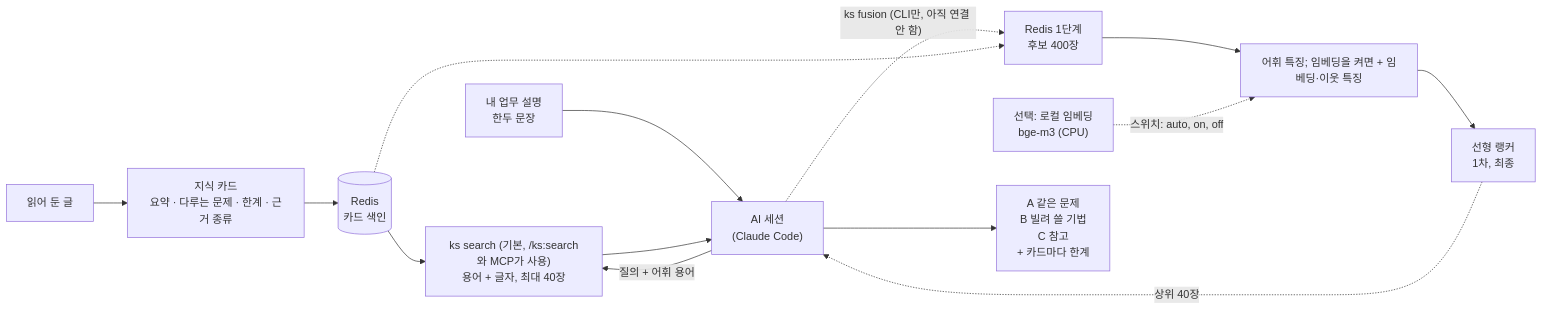
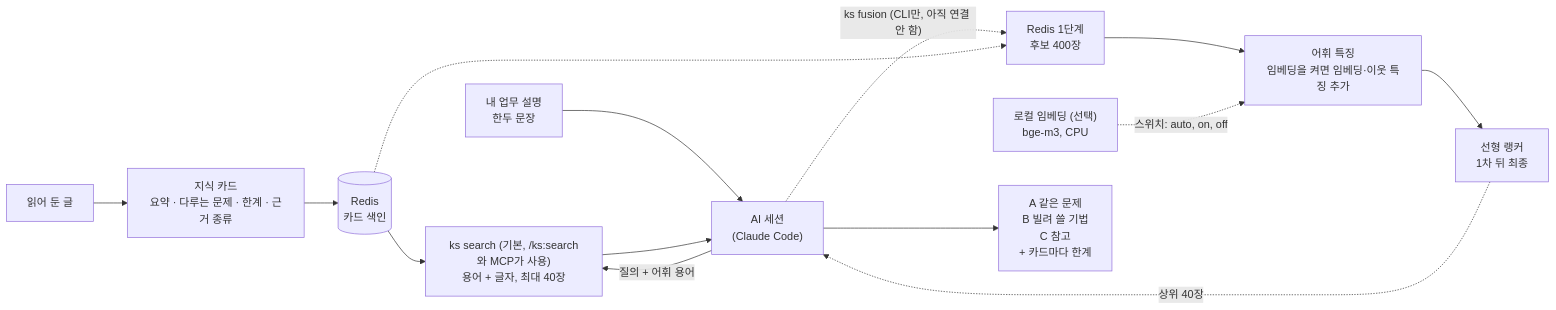
Before and after one commit to ai-dev-methodologies/knowledge-scout: the third of 3 diagrams in README.ko.md, drawn with Mermaid. The commit also changed other lines of this file and 1 other file, not shown here.

First line of the commit message:
docs: README rewritten with writing skills — overview, concept and impact, origin story, architecture

````diff
--- a/README.ko.md
+++ b/README.ko.md
@@ -102,16 +182,16 @@
 ```mermaid
 flowchart LR
     A["읽어 둔 글"] --> B["지식 카드<br/>요약 · 다루는 문제 · 한계 · 근거 종류"]
     B --> C[("Redis<br/>카드 색인")]
     D["내 업무 설명<br/>한두 문장"] --> E["AI 세션<br/>(Claude Code)"]
     E -->|"질의 + 어휘 용어"| K["ks search (기본, /ks:search와 MCP가 사용)<br/>용어 + 글자, 최대 40장"]
     C --> K
     K --> E
     E -.->|"ks fusion (CLI만, 아직 연결 안 함)"| G["Redis 1단계<br/>후보 400장"]
     C -.-> G
-    G --> H["어휘 특징; 임베딩을 켜면 + 임베딩·이웃 특징"]
-    I["선택: 로컬 임베딩<br/>bge-m3 (CPU)"] -.->|"스위치: auto, on, off"| H
-    H --> J["선형 랭커<br/>1차, 최종"]
+    G --> H["어휘 특징<br/>임베딩을 켜면 임베딩·이웃 특징 추가"]
+    I["로컬 임베딩 (선택)<br/>bge-m3, CPU"] -.->|"스위치: auto, on, off"| H
+    H --> J["선형 랭커<br/>1차 뒤 최종"]
     J -.->|"상위 40장"| E
     E --> F["A 같은 문제<br/>B 빌려 쓸 기법<br/>C 참고<br/>+ 카드마다 한계"]
 ```
````
